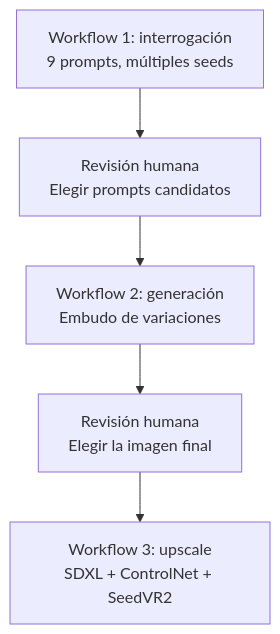
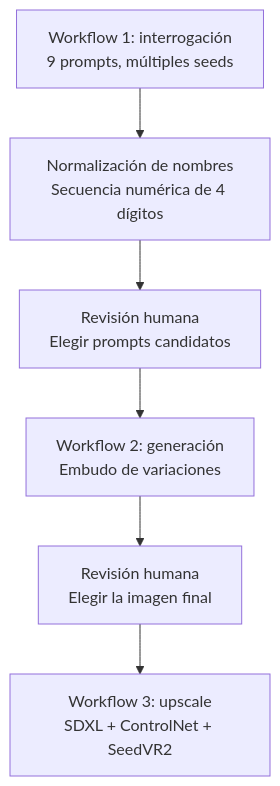
The fifth of 5 diagrams in README.md (tronikun/identity-pipeline-lora), drawn with Mermaid before and after one commit. The commit also changed other lines of this file, not shown here.

Commit message:
Fixes the recursive generation diagram and adds a complete checklist // Corrige diagrama de generacion recurrente y agrega checklist completo

````diff
--- a/README.md
+++ b/README.md
@@ -102,7 +102,8 @@
 ```mermaid
 flowchart TD
-    A[Workflow 1: interrogación<br/>9 prompts, múltiples seeds] --> B[Revisión humana<br/>Elegir prompts candidatos]
+    A[Workflow 1: interrogación<br/>9 prompts, múltiples seeds] --> N[Normalización de nombres<br/>Secuencia numérica de 4 dígitos]
+    N --> B[Revisión humana<br/>Elegir prompts candidatos]
     B --> C[Workflow 2: generación<br/>Embudo de variaciones]
     C --> D[Revisión humana<br/>Elegir la imagen final]
     D --> E[Workflow 3: upscale<br/>SDXL + ControlNet + SeedVR2]
 ```
````
